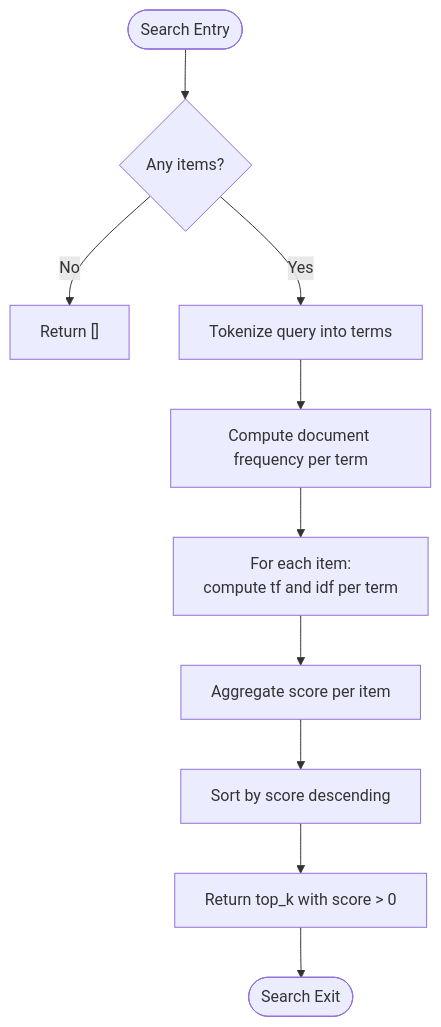
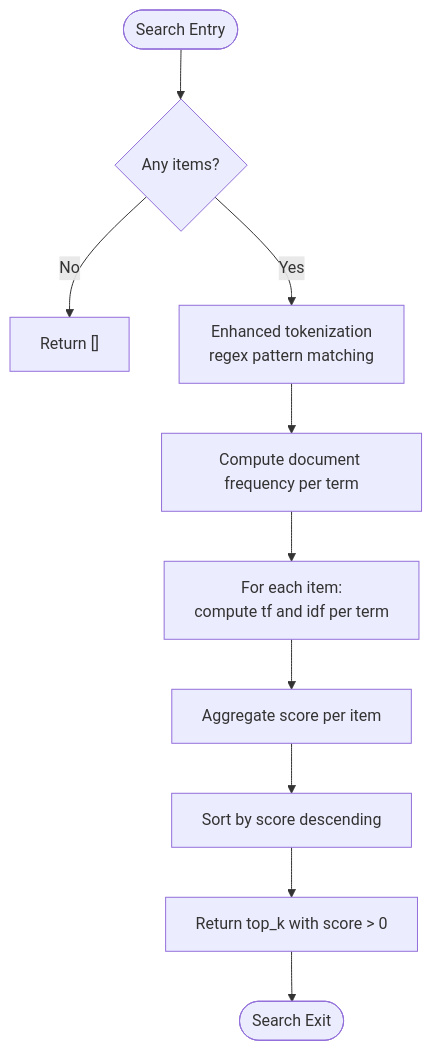
The fourth of 6 diagrams in .qoder/repowiki/en/content/Memory System/Memory System.md (1996Paul-Wen/HarnessAIDemo), drawn with Mermaid before and after one commit. The commit also changed other lines of this file and 4 other files, not shown here.

````diff
--- a/.qoder/repowiki/en/content/Memory System/Memory System.md
+++ b/.qoder/repowiki/en/content/Memory System/Memory System.md
@@ -216,12 +252,12 @@
 ```mermaid
 flowchart TD
 Start(["Search Entry"]) --> CheckEmpty{"Any items?"}
 CheckEmpty --> |No| ReturnEmpty["Return []"]
-CheckEmpty --> |Yes| Tokenize["Tokenize query into terms"]
+CheckEmpty --> |Yes| Tokenize["Enhanced tokenization<br/>regex pattern matching"]
 Tokenize --> ComputeDF["Compute document frequency per term"]
 ComputeDF --> ScoreItems["For each item:<br/>compute tf and idf per term"]
 ScoreItems --> Aggregate["Aggregate score per item"]
 Aggregate --> Sort["Sort by score descending"]
 Sort --> FilterTopK["Return top_k with score > 0"]
 FilterTopK --> End(["Search Exit"])
 ```
````
